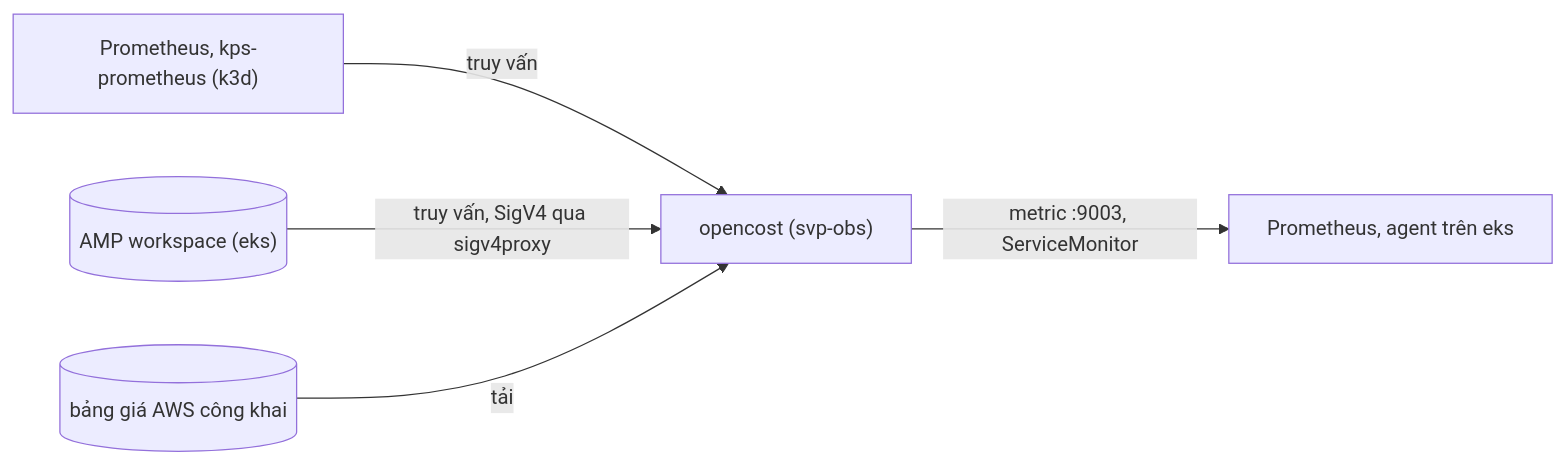
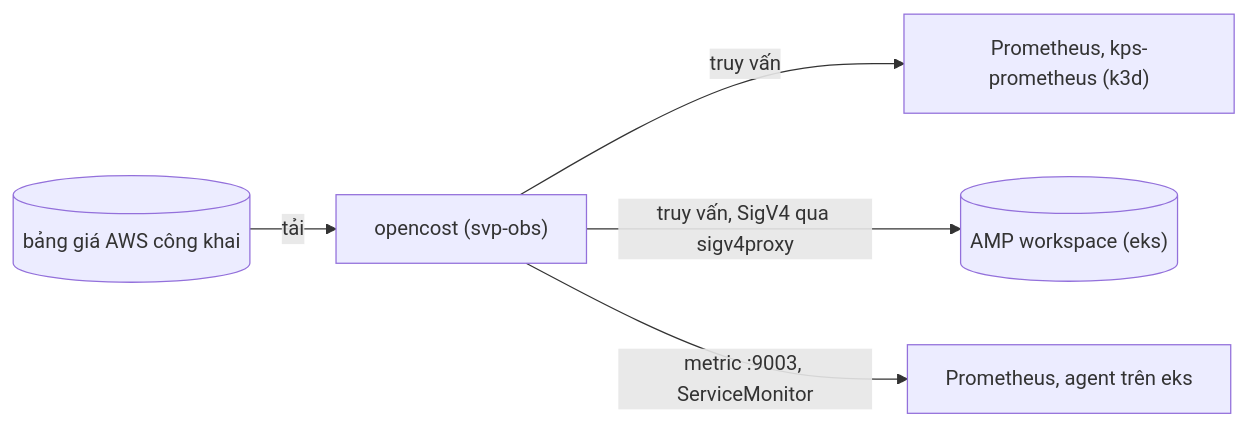
One commit to anhnvcoder/svp-gitops changed the fifth of 5 diagrams in docs/components.md. Above: the diagram before and after it, drawn with Mermaid. The commit also changed other lines of this file and 6 other files, not shown here.

````diff
--- a/docs/components.md
+++ b/docs/components.md
@@ -1277,7 +1277,7 @@
 ```mermaid
 flowchart LR
-  kps["Prometheus, kps-prometheus (k3d)"] -- "truy vấn" --> ocost["opencost (svp-obs)"]
-  amp[("AMP workspace (eks)")] -- "truy vấn, SigV4 qua sigv4proxy" --> ocost
+  ocost["opencost (svp-obs)"] -- "truy vấn" --> kps["Prometheus, kps-prometheus (k3d)"]
+  ocost -- "truy vấn, SigV4 qua sigv4proxy" --> amp[("AMP workspace (eks)")]
   ocost -- "metric :9003, ServiceMonitor" --> prom["Prometheus, agent trên eks"]
   pricing[("bảng giá AWS công khai")] -- "tải" --> ocost
 ```
````
